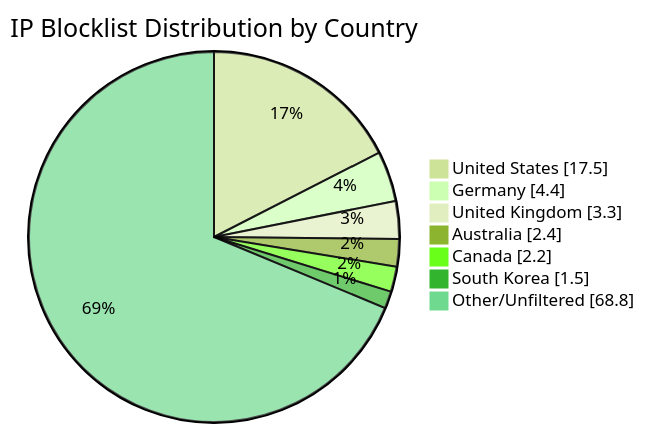
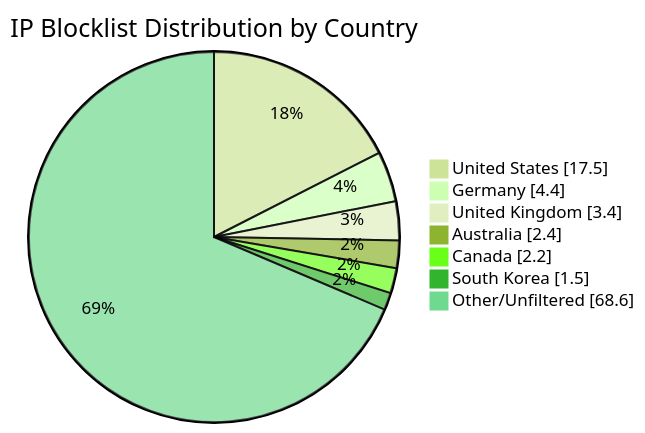
The diagram in README.md (MarcusHoltz/ipblocklist-geofiltered-aggregator), drawn with Mermaid (forest theme) before and after one commit. The commit also changed other lines of this file and 9 other files, not shown here.

````diff
--- a/README.md
+++ b/README.md
@@ -34,10 +34,10 @@
 ```mermaid
 pie showData title IP Blocklist Distribution by Country
 "United States" : 17.5
 "Germany" : 4.4
-"United Kingdom" : 3.3
+"United Kingdom" : 3.4
 "Australia" : 2.4
 "Canada" : 2.2
 "South Korea" : 1.5
-"Other/Unfiltered" : 68.8
+"Other/Unfiltered" : 68.6
 ```
````
